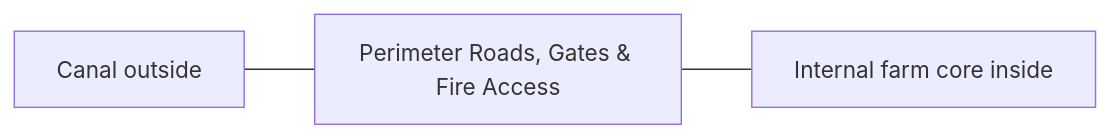
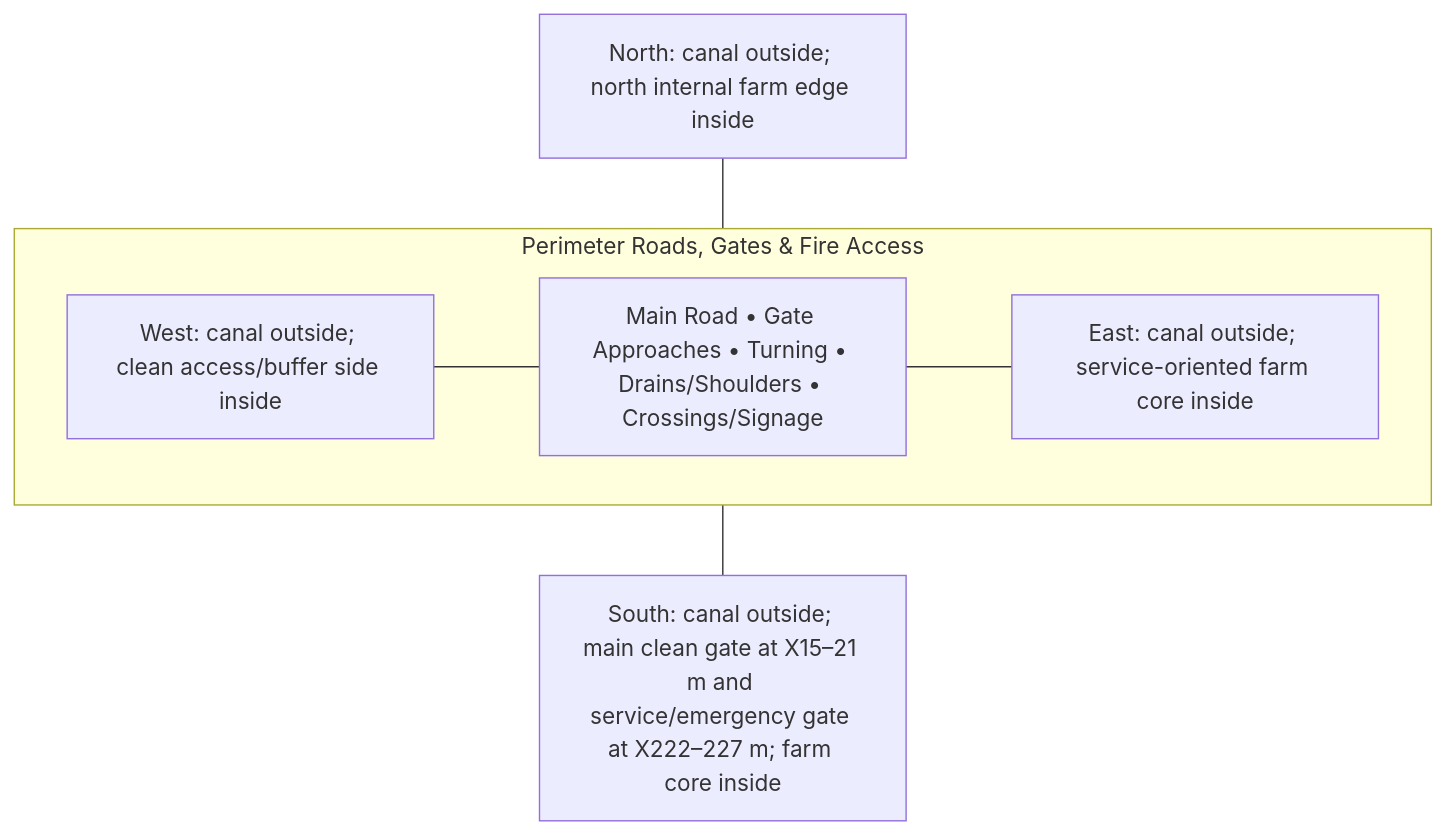
One commit to agro-firm/Self-Sufficient-Eco-Farm changed the diagram in spaces/03-roads-gates-fire-access/ARCHITECTURE.md. Above: the diagram before and after it, drawn with Mermaid. The commit also changed other lines of this file and 31 other files, not shown here.

Commit message:
Add full per-space architecture and blueprint authorities

````diff
--- a/spaces/03-roads-gates-fire-access/ARCHITECTURE.md
+++ b/spaces/03-roads-gates-fire-access/ARCHITECTURE.md
@@ -35,7 +48,14 @@
 ```mermaid
-flowchart LR
-    A["Canal outside"]
-    S["Perimeter Roads, Gates & Fire Access"]
-    B["Internal farm core inside"]
-    A --- S --- B
+flowchart TB
+    N["North: canal outside; north internal farm edge inside"]
+    subgraph ROW["Perimeter Roads, Gates & Fire Access"]
+      direction LR
+      W["West: canal outside; clean access/buffer side inside"]
+      C["Main Road • Gate Approaches • Turning • Drains/Shoulders • Crossings/Signage"]
+      E["East: canal outside; service-oriented farm core inside"]
+      W --- C --- E
+    end
+    S["South: canal outside; main clean gate at X15–21 m and service/emergency gate at X222–227 m; farm core inside"]
+    N --- C
+    C --- S
 ```
````
